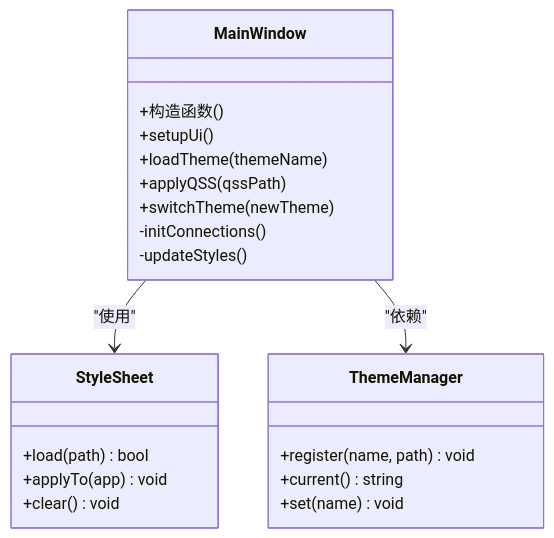
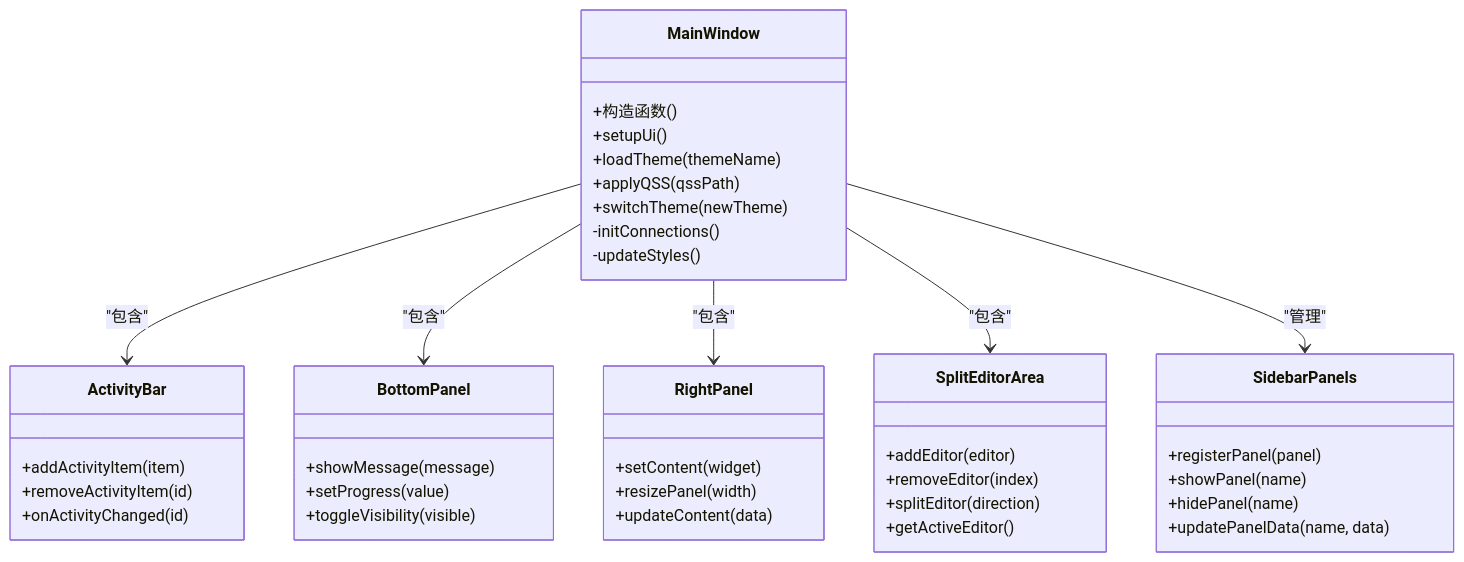
Before and after one commit to jakecai1225-design/OpenBus: the fourth of 17 diagrams in .qoder/repowiki/zh/content/架构设计/UI系统设计.md, drawn with Mermaid. The commit also changed other lines of this file and 44 other files, not shown here.

````diff
--- a/.qoder/repowiki/zh/content/架构设计/UI系统设计.md
+++ b/.qoder/repowiki/zh/content/架构设计/UI系统设计.md
@@ -204,24 +255,44 @@
 ```mermaid
 classDiagram
 class MainWindow {
 +构造函数()
 +setupUi()
 +loadTheme(themeName)
 +applyQSS(qssPath)
 +switchTheme(newTheme)
 -initConnections()
 -updateStyles()
 }
-class StyleSheet {
-+load(path) bool
-+applyTo(app) void
-+clear() void
+class ActivityBar {
++addActivityItem(item)
++removeActivityItem(id)
++onActivityChanged(id)
 }
-class ThemeManager {
-+register(name, path) void
-+current() string
-+set(name) void
+class BottomPanel {
++showMessage(message)
++setProgress(value)
++toggleVisibility(visible)
 }
-MainWindow --> StyleSheet : "使用"
-MainWindow --> ThemeManager : "依赖"
+class RightPanel {
++setContent(widget)
++resizePanel(width)
++updateContent(data)
+}
+class SplitEditorArea {
++addEditor(editor)
++removeEditor(index)
++splitEditor(direction)
++getActiveEditor()
+}
+class SidebarPanels {
++registerPanel(panel)
++showPanel(name)
++hidePanel(name)
++updatePanelData(name, data)
+}
+MainWindow --> ActivityBar : "包含"
+MainWindow --> BottomPanel : "包含"
+MainWindow --> RightPanel : "包含"
+MainWindow --> SplitEditorArea : "包含"
+MainWindow --> SidebarPanels : "管理"
 ```
````
